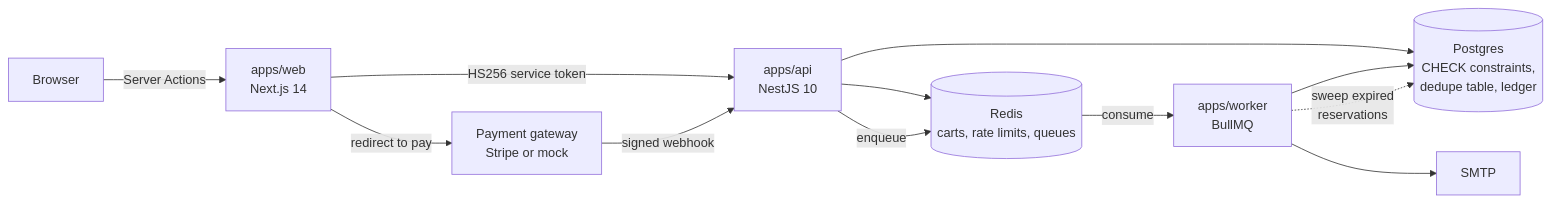
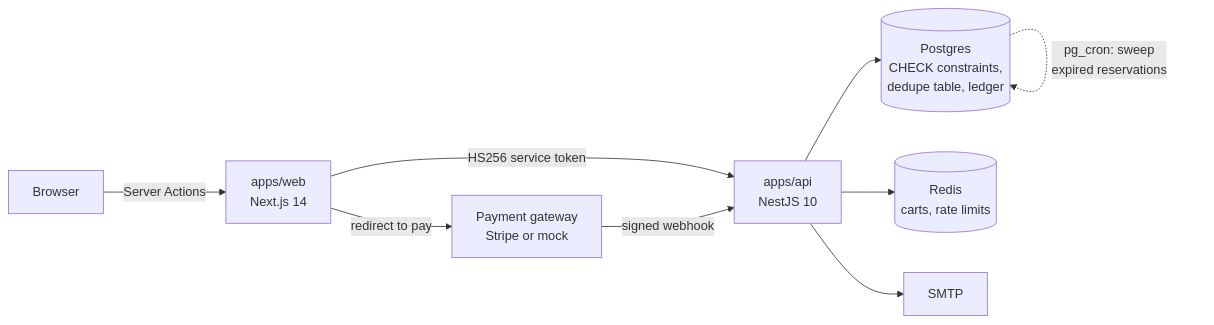
Before and after one commit to bastian-red/ecommerce: the diagram in README.md, drawn with Mermaid. The commit also changed other lines of this file and 39 other files, not shown here.

````diff
--- a/README.md
+++ b/README.md
@@ -92,15 +96,12 @@
 ```mermaid
 flowchart LR
     B[Browser] -->|Server Actions| W[apps/web<br/>Next.js 14]
     W -->|HS256 service token| A[apps/api<br/>NestJS 10]
     G[Payment gateway<br/>Stripe or mock] -->|signed webhook| A
     W -->|redirect to pay| G
 
     A --> P[(Postgres<br/>CHECK constraints,<br/>dedupe table, ledger)]
-    A --> R[(Redis<br/>carts, rate limits, queues)]
-    A -->|enqueue| R
-    R -->|consume| K[apps/worker<br/>BullMQ]
-    K --> P
-    K --> M[SMTP]
-    K -.->|sweep expired<br/>reservations| P
+    A --> R[(Redis<br/>carts, rate limits)]
+    A --> M[SMTP]
+    P -.->|pg_cron: sweep<br/>expired reservations| P
 ```
````
